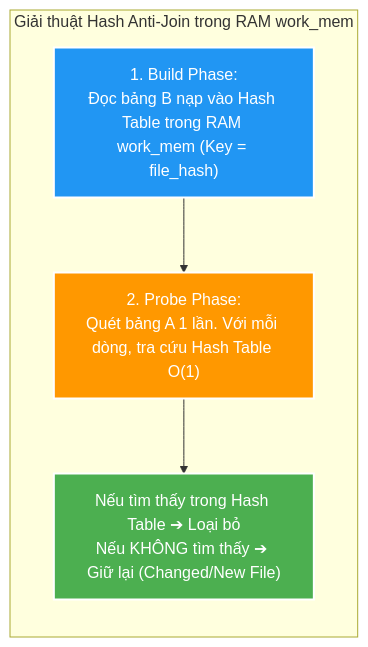
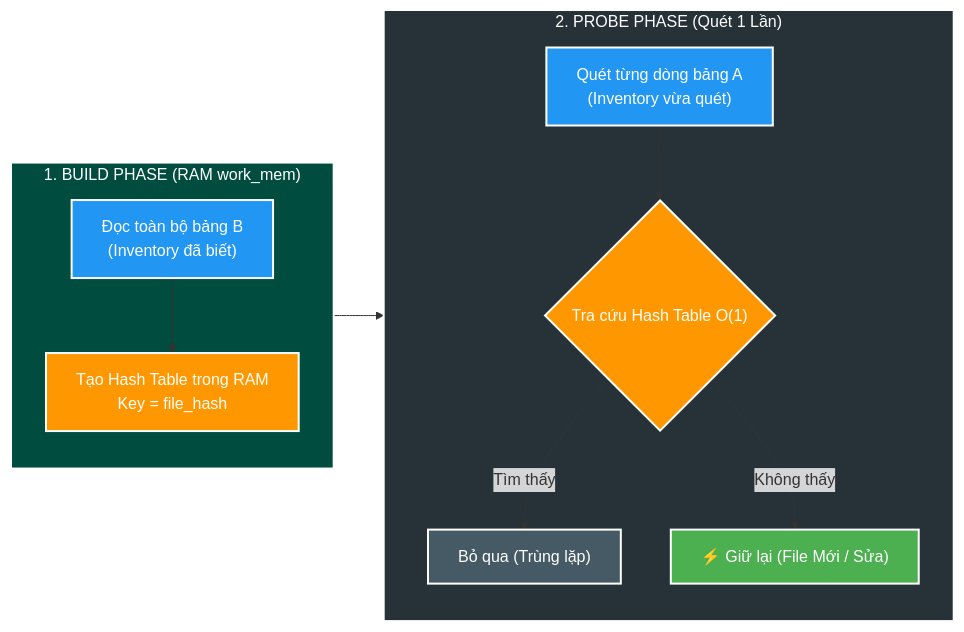
Before and after one commit to HungPhan200591/file-mngt-be-v2: the eighth of 10 diagrams in manual/learning/deep-dive/database-internals/00-postgresql-engine-mental-model-and-optimization-playbook.md, drawn with Mermaid. The commit also changed other lines of this file, not shown here.

Commit message:
feat(docs): enhance PostgreSQL engine optimization playbook with detailed diagrams and explanations

````diff
--- a/manual/learning/deep-dive/database-internals/00-postgresql-engine-mental-model-and-optimization-playbook.md
+++ b/manual/learning/deep-dive/database-internals/00-postgresql-engine-mental-model-and-optimization-playbook.md
@@ -281,14 +298,24 @@
 ```mermaid
-flowchart TD
-    subgraph HASH_ANTI_JOIN["Giải thuật Hash Anti-Join trong RAM work_mem"]
+flowchart LR
+    subgraph STAGE_BUILD["1. BUILD PHASE (RAM work_mem)"]
         direction TB
-        STAGE1["1. Build Phase:<br/>Đọc bảng B nạp vào Hash Table trong RAM work_mem (Key = file_hash)"]
-        STAGE2["2. Probe Phase:<br/>Quét bảng A 1 lần. Với mỗi dòng, tra cứu Hash Table O(1)"]
-        STAGE3["Nếu tìm thấy trong Hash Table ➔ Loại bỏ<br/>Nếu KHÔNG tìm thấy ➔ Giữ lại (Changed/New File)"]
-        STAGE1 --> STAGE2 --> STAGE3
+        B1["Đọc toàn bộ bảng B<br/>(Inventory đã biết)"] --> B2["Tạo Hash Table trong RAM<br/>Key = file_hash"]
     end
 
-    style STAGE1 fill:#2196F3,stroke:#fff,stroke-width:2px,color:#fff
-    style STAGE2 fill:#FF9800,stroke:#fff,stroke-width:2px,color:#fff
-    style STAGE3 fill:#4CAF50,stroke:#fff,stroke-width:2px,color:#fff
+    subgraph STAGE_PROBE["2. PROBE PHASE (Quét 1 Lần)"]
+        direction TB
+        P1["Quét từng dòng bảng A<br/>(Inventory vừa quét)"] --> P2{"Tra cứu Hash Table O(1)"}
+        P2 -->|"Tìm thấy"| P3["Bỏ qua (Trùng lặp)"]
+        P2 -->|"Không thấy"| P4["⚡ Giữ lại (File Mới / Sửa)"]
+    end
+
+    STAGE_BUILD --> STAGE_PROBE
+    style STAGE_BUILD fill:#004D40,stroke:#fff,stroke-width:2px,color:#fff
+    style B1 fill:#2196F3,stroke:#fff,stroke-width:2px,color:#fff
+    style B2 fill:#FF9800,stroke:#fff,stroke-width:2px,color:#fff
+    style STAGE_PROBE fill:#263238,stroke:#fff,stroke-width:2px,color:#fff
+    style P1 fill:#2196F3,stroke:#fff,stroke-width:2px,color:#fff
+    style P2 fill:#FF9800,stroke:#fff,stroke-width:2px,color:#fff
+    style P3 fill:#455A64,stroke:#fff,stroke-width:2px,color:#fff
+    style P4 fill:#4CAF50,stroke:#fff,stroke-width:2px,color:#fff
 ```
````
